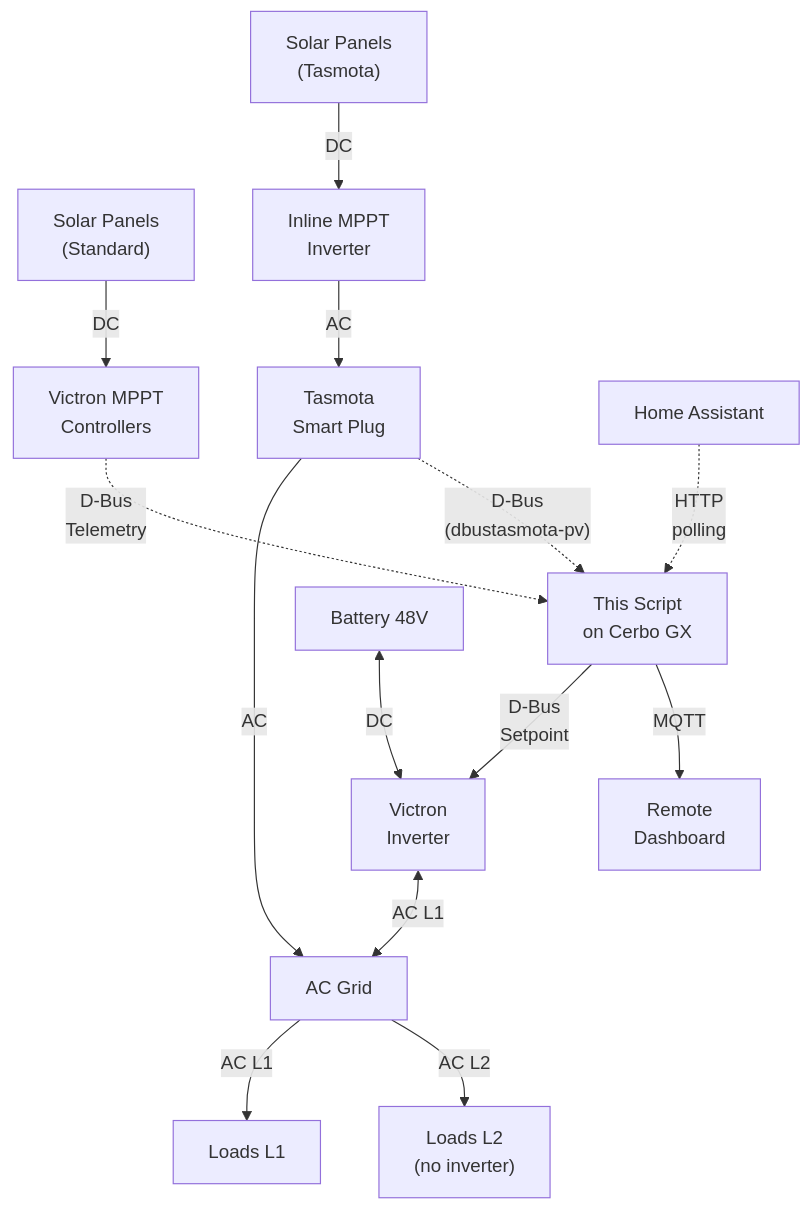
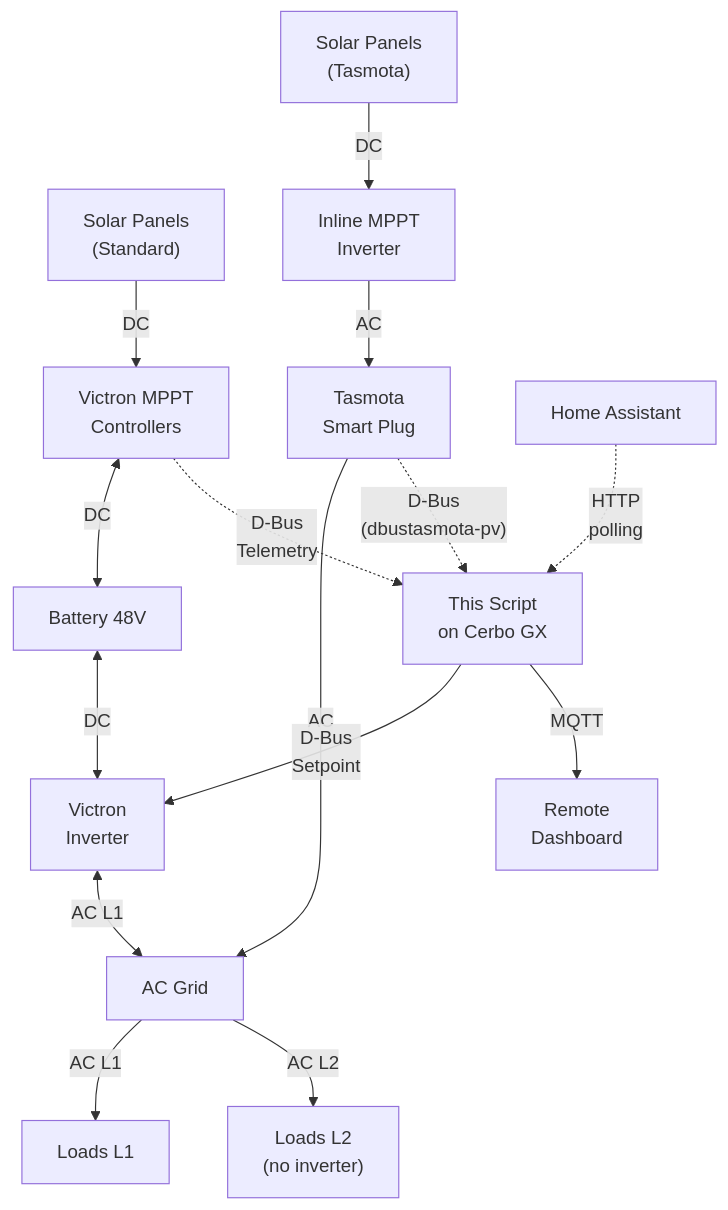
Before and after one commit to victron-venus/inverter-control: the diagram in README.md, drawn with Mermaid.

Commit message:
docs: fix MPPT-to-Battery DC connection in diagram
- Victron MPPT Controllers now show DC connection to Battery 48V
- Both MPPT controllers and Victron Inverter connect to same battery bank

````diff
--- a/README.md
+++ b/README.md
@@ -105,20 +105,21 @@
 ```mermaid
 flowchart TD
     Solar1["Solar Panels\n(Standard)"] -->|"DC"| MPPT1["Victron MPPT\nControllers"]
+    MPPT1 <-->|"DC"| Battery["Battery 48V"]
     MPPT1 -.->|"D-Bus\nTelemetry"| Script["This Script\non Cerbo GX"]
 
     Solar2["Solar Panels\n(Tasmota)"] -->|"DC"| MPPT2["Inline MPPT\nInverter"]
     MPPT2 -->|"AC"| Tasmota["Tasmota\nSmart Plug"]
     Tasmota -->|"AC"| Grid["AC Grid"]
 
-    Battery["Battery 48V"] <-->|"DC"| Inverter["Victron\nInverter"]
+    Battery <-->|"DC"| Inverter["Victron\nInverter"]
     Inverter <-->|"AC L1"| Grid
     Grid -->|"AC L1"| Loads1["Loads L1"]
     Grid -->|"AC L2"| Loads2["Loads L2\n(no inverter)"]
 
     Tasmota -.->|"D-Bus\n(dbustasmota-pv)"| Script
     HA["Home Assistant"] -.->|"HTTP\npolling"| Script
 
     Script -->|"D-Bus\nSetpoint"| Inverter
     Script -->|"MQTT"| Dashboard["Remote\nDashboard"]
 ```
````
